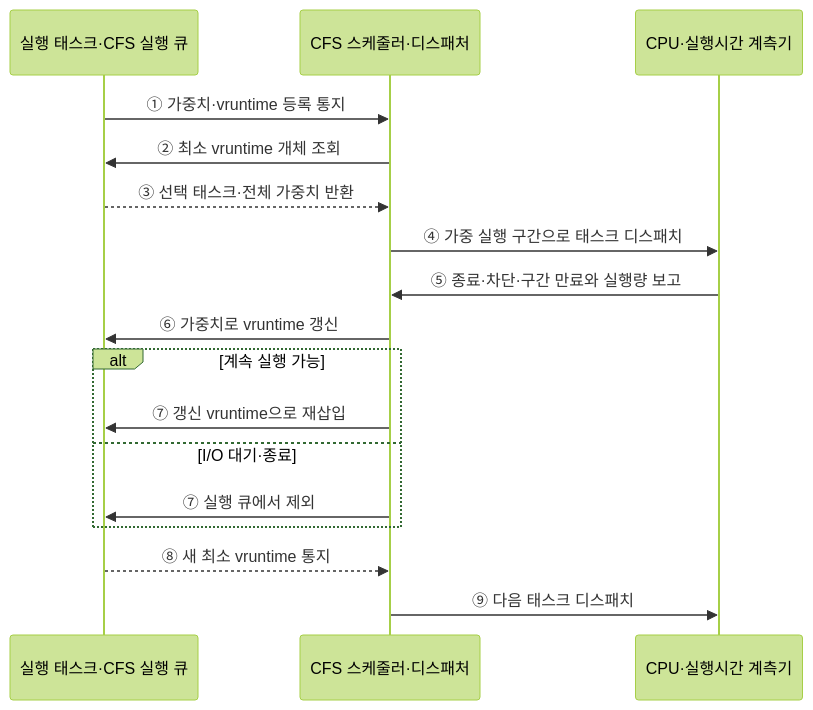
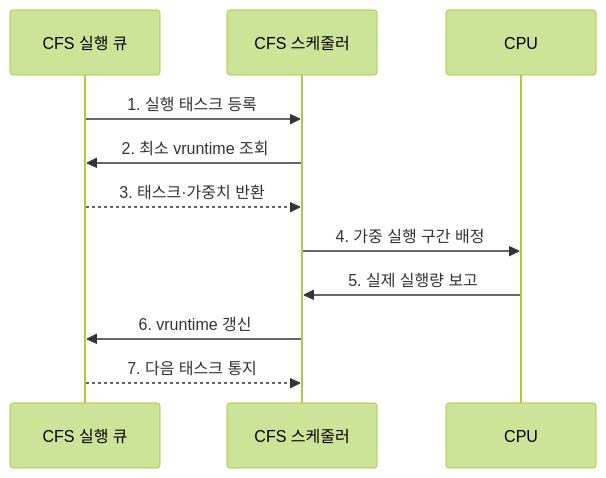
Before and after one commit to agnusdei1207/knowledge-base: the second of 2 diagrams in src/content/docs/notes/03-software/006_cfs.md, drawn with Mermaid (forest theme). The commit also changed other lines of this file and 20 other files, not shown here.

````diff
--- a/src/content/docs/notes/03-software/006_cfs.md
+++ b/src/content/docs/notes/03-software/006_cfs.md
@@ -83,20 +99,13 @@
 ```mermaid
 sequenceDiagram
-    participant Q as 실행 태스크·CFS 실행 큐
-    participant S as CFS 스케줄러·디스패처
-    participant C as CPU·실행시간 계측기
-
-    Q->>S: ① 가중치·vruntime 등록 통지
-    S->>Q: ② 최소 vruntime 개체 조회
-    Q-->>S: ③ 선택 태스크·전체 가중치 반환
-    S->>C: ④ 가중 실행 구간으로 태스크 디스패치
-    C->>S: ⑤ 종료·차단·구간 만료와 실행량 보고
-    S->>Q: ⑥ 가중치로 vruntime 갱신
-    alt 계속 실행 가능
-        S->>Q: ⑦ 갱신 vruntime으로 재삽입
-    else I/O 대기·종료
-        S->>Q: ⑦ 실행 큐에서 제외
-    end
-    Q-->>S: ⑧ 새 최소 vruntime 통지
-    S->>C: ⑨ 다음 태스크 디스패치
+    participant Q as CFS 실행 큐
+    participant S as CFS 스케줄러
+    participant C as CPU
+    Q->>S: 1. 실행 태스크 등록
+    S->>Q: 2. 최소 vruntime 조회
+    Q-->>S: 3. 태스크·가중치 반환
+    S->>C: 4. 가중 실행 구간 배정
+    C->>S: 5. 실제 실행량 보고
+    S->>Q: 6. vruntime 갱신
+    Q-->>S: 7. 다음 태스크 통지
 ```
````
